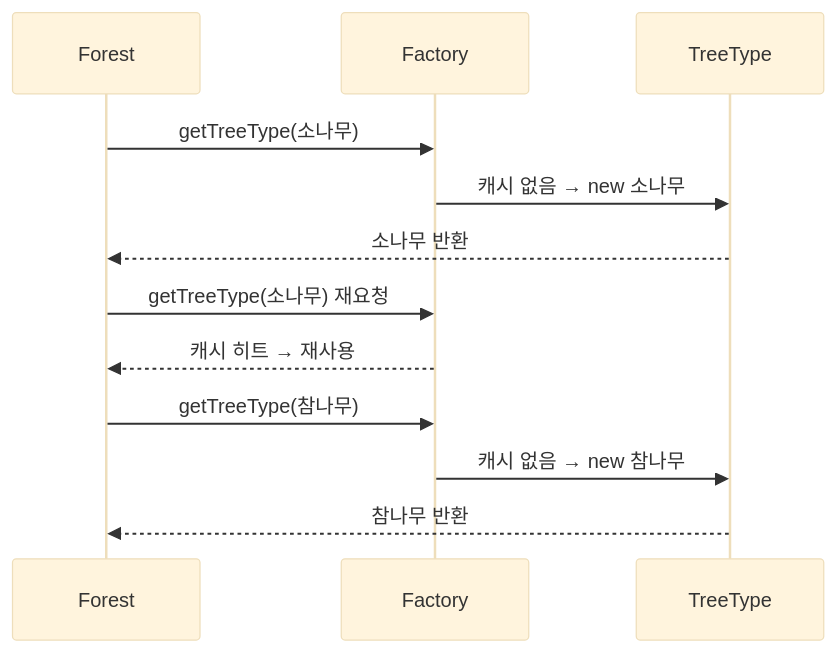
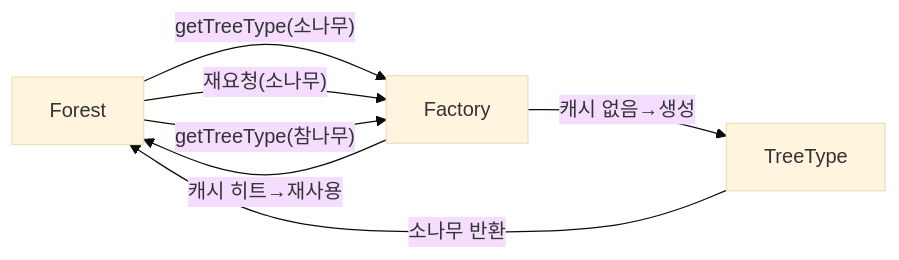
The second of 2 diagrams in _posts/designPattern/2022-01-26-FlyweightPattern.md (yjkim2015/yjkim2015.github.io), drawn with Mermaid (base theme) before and after one commit. The commit also changed 50 other files, not shown here.

First line of the commit message:
stateDiagram 11개 graph LR 변환 + 테이블 빈 셀 17개 수정

````diff
--- a/_posts/designPattern/2022-01-26-FlyweightPattern.md
+++ b/_posts/designPattern/2022-01-26-FlyweightPattern.md
@@ -209,14 +209,9 @@
 ```mermaid
-sequenceDiagram
-    participant C as Forest
-    participant F as Factory
-    participant T as TreeType
-    C->>F: getTreeType(소나무)
-    F->>T: 캐시 없음 → new 소나무
-    T-->>C: 소나무 반환
-    C->>F: getTreeType(소나무) 재요청
-    F-->>C: 캐시 히트 → 재사용
-    C->>F: getTreeType(참나무)
-    F->>T: 캐시 없음 → new 참나무
-    T-->>C: 참나무 반환
+graph LR
+    C["Forest"] -->|"getTreeType(소나무)"| F["Factory"]
+    F -->|"캐시 없음→생성"| T["TreeType"]
+    T -->|"소나무 반환"| C
+    C -->|"재요청(소나무)"| F
+    F -->|"캐시 히트→재사용"| C
+    C -->|"getTreeType(참나무)"| F
 ```
````
